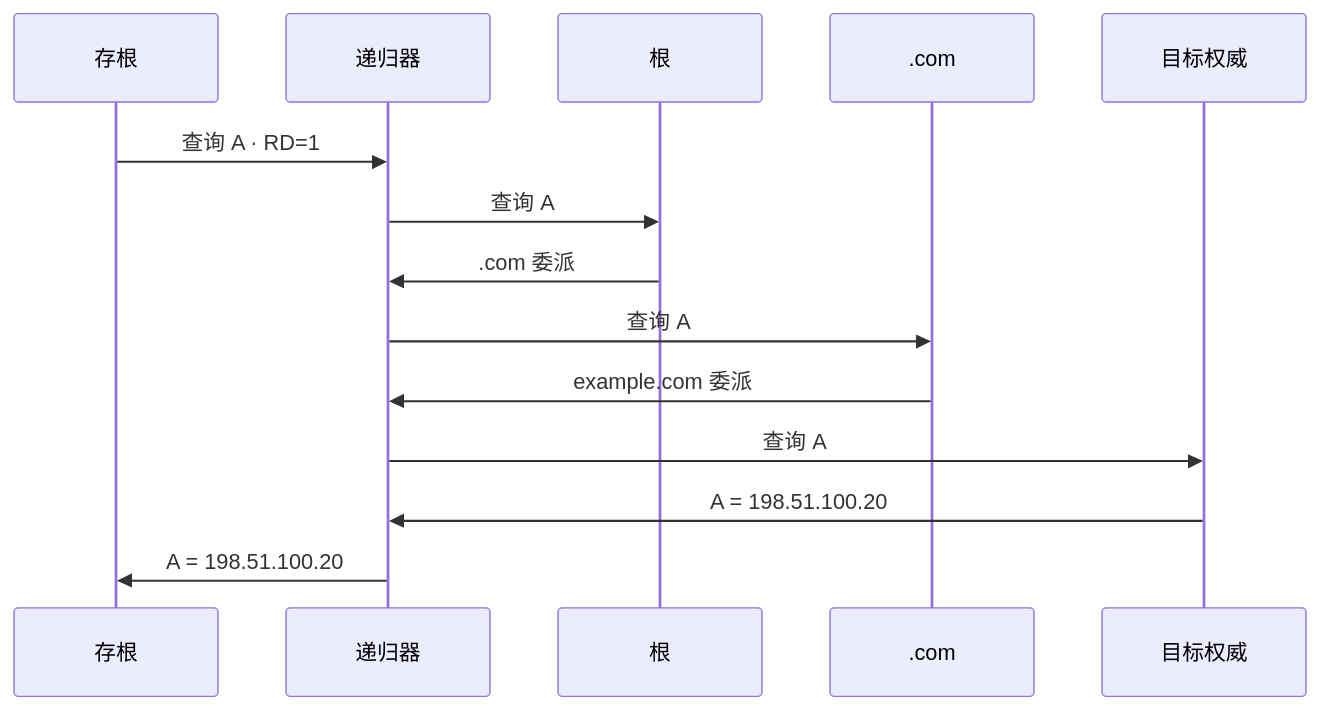
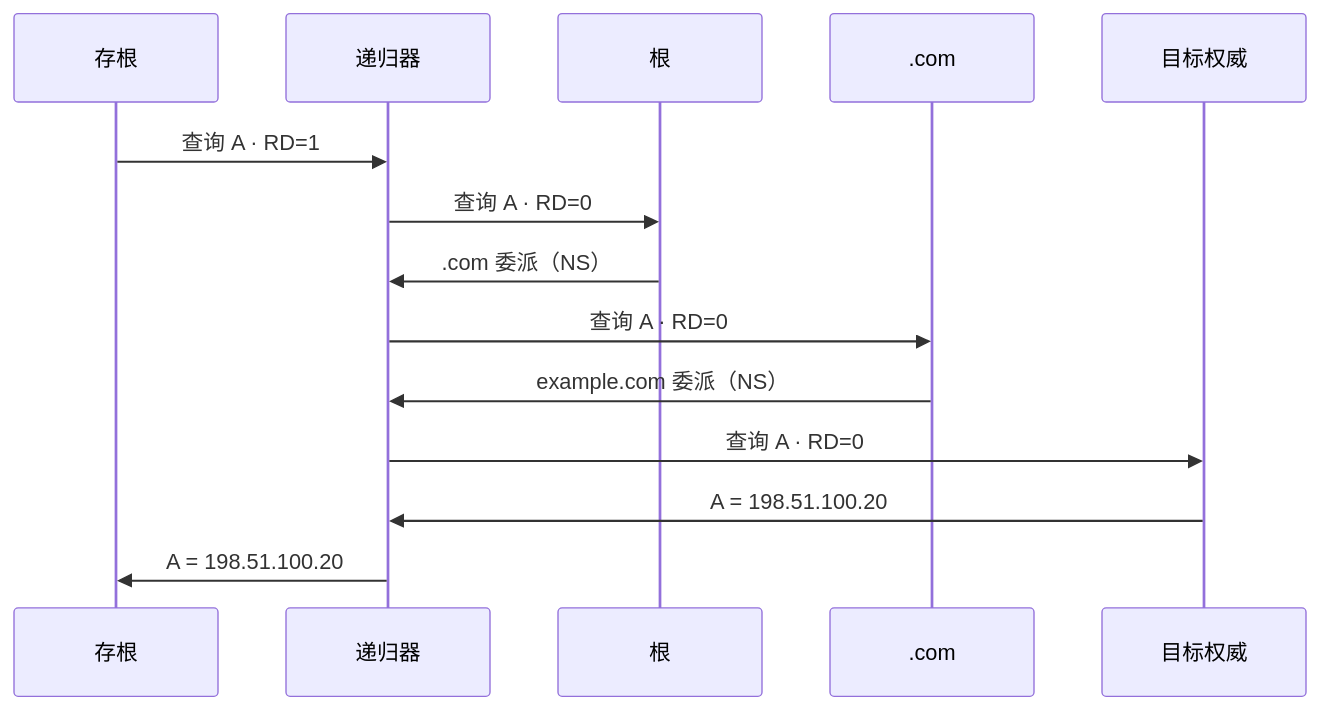
One commit to fordelkon/delkon.us.kg changed the first of 3 diagrams in content/posts/networking/dns-resolution-caching-encrypted-queries.md. Above: the diagram before and after it, drawn with Mermaid. The commit also changed other lines of this file and 8 other files, not shown here.

Commit message:
docs: refine networking series explanations and diagrams

````diff
--- a/content/posts/networking/dns-resolution-caching-encrypted-queries.md
+++ b/content/posts/networking/dns-resolution-caching-encrypted-queries.md
@@ -47,16 +47,16 @@
-```mermaid title="一次未命中缓存的 DNS 查询" description="从上到下读。存根请求递归服务，递归器分别询问根、.com 与目标权威。前两站返回委派，这些服务器之间没有转发存根的查询。本例每次都查询 example.com. 的 A 记录，省略缓存、查询名最小化、别名、失败和地址补查。"
+```mermaid title="一次未命中缓存的 DNS 查询" description="从上到下读。本例没有可用的答案或委派缓存，递归器从根开始迭代查询。根与 .com 只返回下一站，递归器自己发起下一次查询；它们并不转发存根的原请求。每次都查询 example.com. 的 A 记录，省略查询名最小化、别名、失败和地址补查。"
 sequenceDiagram
  participant S as 存根
  participant R as 递归器
  participant Root as 根
  participant TLD as .com
  participant Auth as 目标权威
  S->>R: 查询 A · RD=1
- R->>Root: 查询 A
- Root->>R: .com 委派
- R->>TLD: 查询 A
- TLD->>R: example.com 委派
- R->>Auth: 查询 A
+ R->>Root: 查询 A · RD=0
+ Root->>R: .com 委派（NS）
+ R->>TLD: 查询 A · RD=0
+ TLD->>R: example.com 委派（NS）
+ R->>Auth: 查询 A · RD=0
  Auth->>R: A = 198.51.100.20
  R->>S: A = 198.51.100.20
 ```
````
